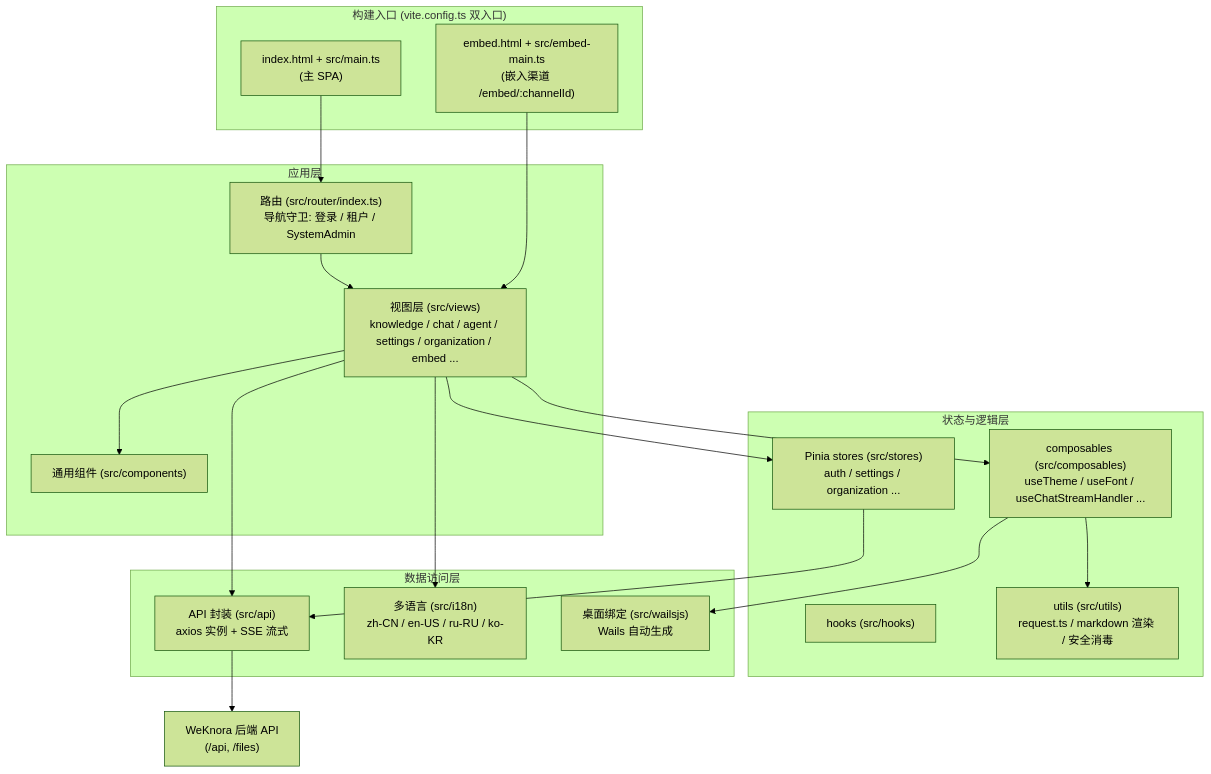
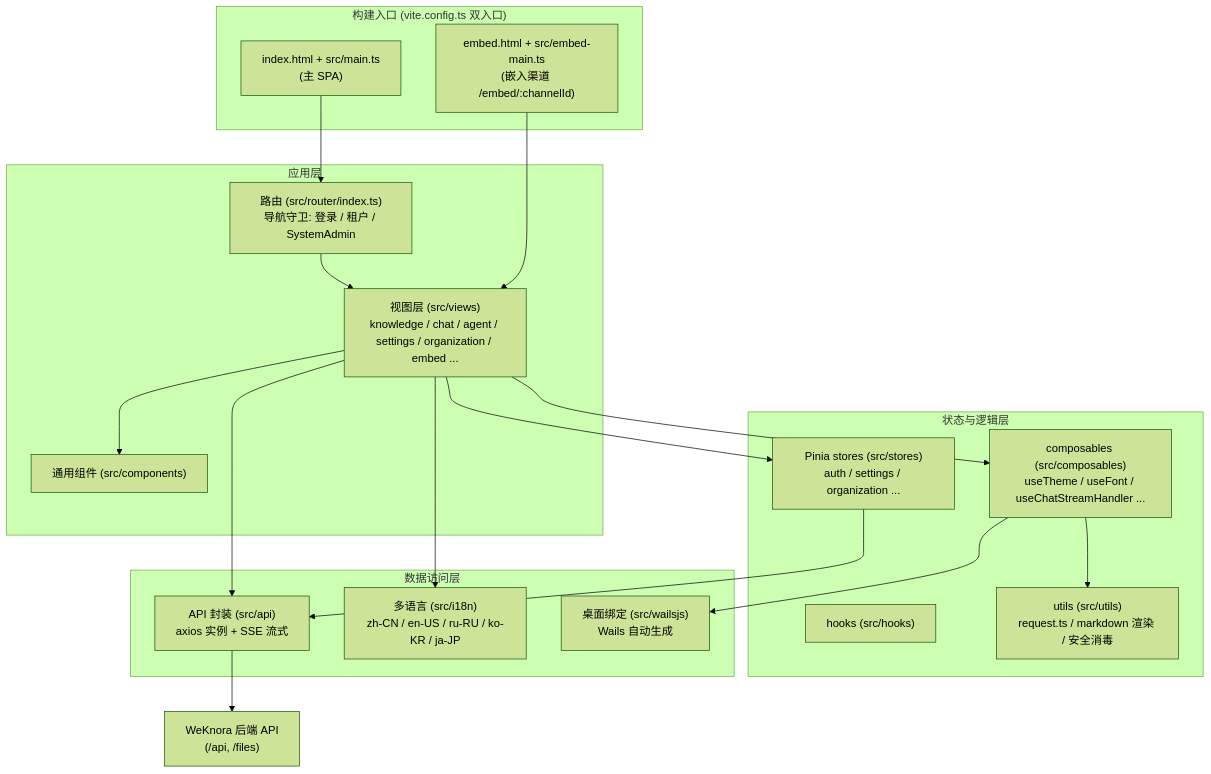
Before and after one commit to michadel/WeKnora: the diagram in website-docs/05-clients/01-frontend.md, drawn with Mermaid (forest theme). The commit also changed other lines of this file and 34 other files, not shown here.

````diff
--- a/website-docs/05-clients/01-frontend.md
+++ b/website-docs/05-clients/01-frontend.md
@@ -38,40 +38,40 @@
 ```mermaid
 flowchart TB
     subgraph entries["构建入口 (vite.config.ts 双入口)"]
         MAIN["index.html + src/main.ts<br/>(主 SPA)"]
         EMBED["embed.html + src/embed-main.ts<br/>(嵌入渠道 /embed/:channelId)"]
     end
 
     subgraph app["应用层"]
         ROUTER["路由 (src/router/index.ts)<br/>导航守卫: 登录 / 租户 / SystemAdmin"]
         VIEWS["视图层 (src/views)<br/>knowledge / chat / agent / settings / organization / embed ..."]
         COMP["通用组件 (src/components)"]
     end
 
     subgraph state["状态与逻辑层"]
         STORES["Pinia stores (src/stores)<br/>auth / settings / organization ..."]
         COMPOSABLES["composables (src/composables)<br/>useTheme / useFont / useChatStreamHandler ..."]
         HOOKS["hooks (src/hooks)"]
         UTILS["utils (src/utils)<br/>request.ts / markdown 渲染 / 安全消毒"]
     end
 
     subgraph io["数据访问层"]
         API["API 封装 (src/api)<br/>axios 实例 + SSE 流式"]
-        I18N["多语言 (src/i18n)<br/>zh-CN / en-US / ru-RU / ko-KR"]
+        I18N["多语言 (src/i18n)<br/>zh-CN / en-US / ru-RU / ko-KR / ja-JP"]
         WAILS["桌面绑定 (src/wailsjs)<br/>Wails 自动生成"]
     end
 
     BACKEND["WeKnora 后端 API<br/>(/api, /files)"]
 
     MAIN --> ROUTER --> VIEWS
     EMBED --> VIEWS
     VIEWS --> COMP
     VIEWS --> STORES
     VIEWS --> COMPOSABLES
     COMPOSABLES --> UTILS
     STORES --> API
     VIEWS --> API
     API --> BACKEND
     VIEWS --> I18N
     COMPOSABLES --> WAILS
 ```
````
